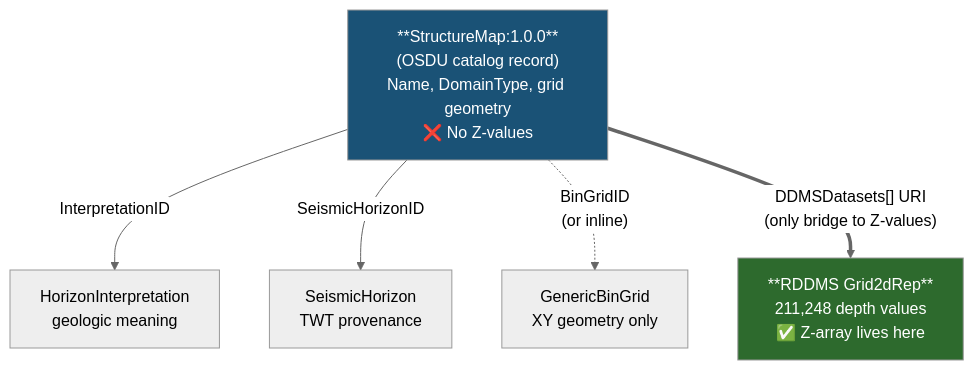
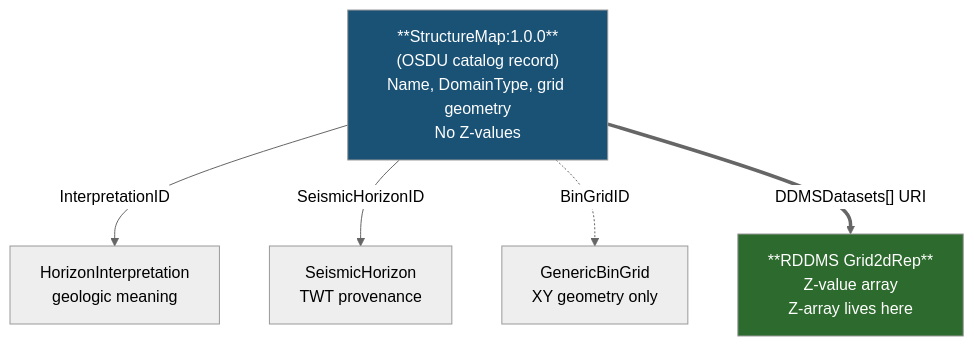
The fourth of 8 diagrams in md/SeisInt.md (marcusapel/ores), drawn with Mermaid (neutral theme) before and after one commit. The commit also changed other lines of this file and 7 other files, not shown here.

````diff
--- a/md/SeisInt.md
+++ b/md/SeisInt.md
@@ -201,16 +187,16 @@
 ```mermaid
 flowchart TD
-    SM["**StructureMap:1.0.0**<br/>(OSDU catalog record)<br/>Name, DomainType, grid geometry<br/>❌ No Z-values"]
+    SM["**StructureMap:1.0.0**<br/>(OSDU catalog record)<br/>Name, DomainType, grid geometry<br/>No Z-values"]
     HI["HorizonInterpretation<br/>geologic meaning"]
     SH["SeismicHorizon<br/>TWT provenance"]
     BG["GenericBinGrid<br/>XY geometry only"]
-    RDDMS["**RDDMS Grid2dRep**<br/>211,248 depth values<br/>✅ Z-array lives here"]
+    RDDMS["**RDDMS Grid2dRep**<br/>Z-value array<br/>Z-array lives here"]
 
     SM -- "InterpretationID" --> HI
     SM -- "SeismicHorizonID" --> SH
-    SM -. "BinGridID<br/>(or inline)" .-> BG
-    SM == "DDMSDatasets[] URI<br/>(only bridge to Z-values)" ==> RDDMS
+    SM -. "BinGridID" .-> BG
+    SM == "DDMSDatasets[] URI" ==> RDDMS
 
     style RDDMS fill:#2d6a2d,color:#fff
     style SM fill:#1a5276,color:#fff
 ```
````
